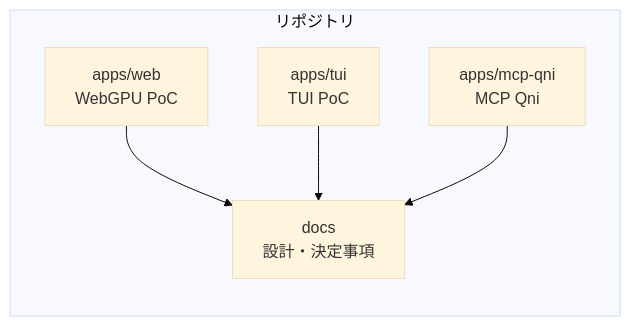
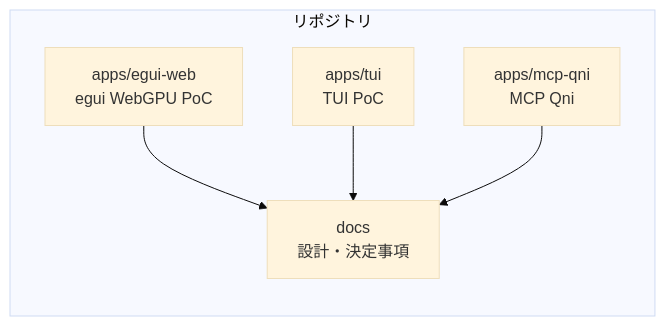
One commit to qniapp/qni-webgpu changed the first of 4 diagrams in docs/architecture.md. Above: the diagram before and after it, drawn with Mermaid (base theme). The commit also changed other lines of this file and 56 other files, not shown here.

````diff
--- a/docs/architecture.md
+++ b/docs/architecture.md
@@ -13,12 +13,12 @@
 ```mermaid
 flowchart LR
   subgraph repo[リポジトリ]
-    web[apps/web<br/>WebGPU PoC]
+    web[apps/egui-web<br/>egui WebGPU PoC]
     tui[apps/tui<br/>TUI PoC]
     mcp[apps/mcp-qni<br/>MCP Qni]
     docs[docs<br/>設計・決定事項]
   end
   web --> docs
   tui --> docs
   mcp --> docs
 ```
````
